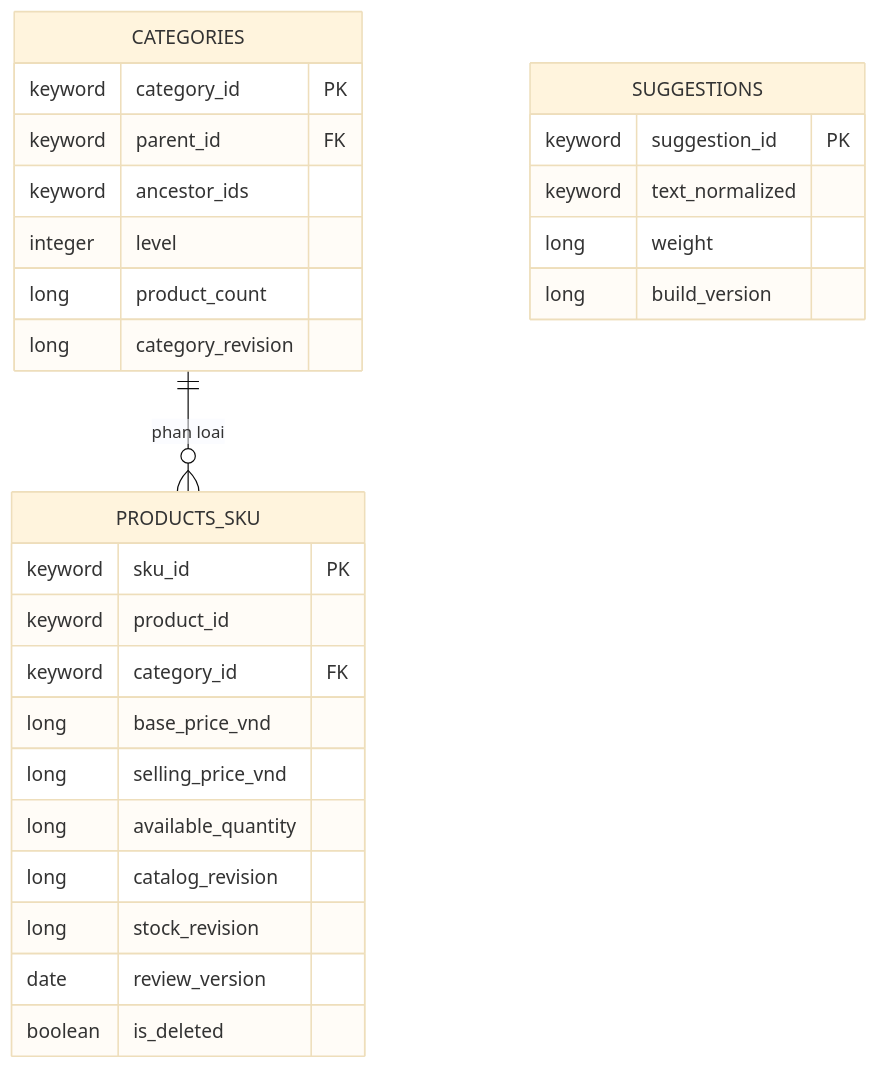
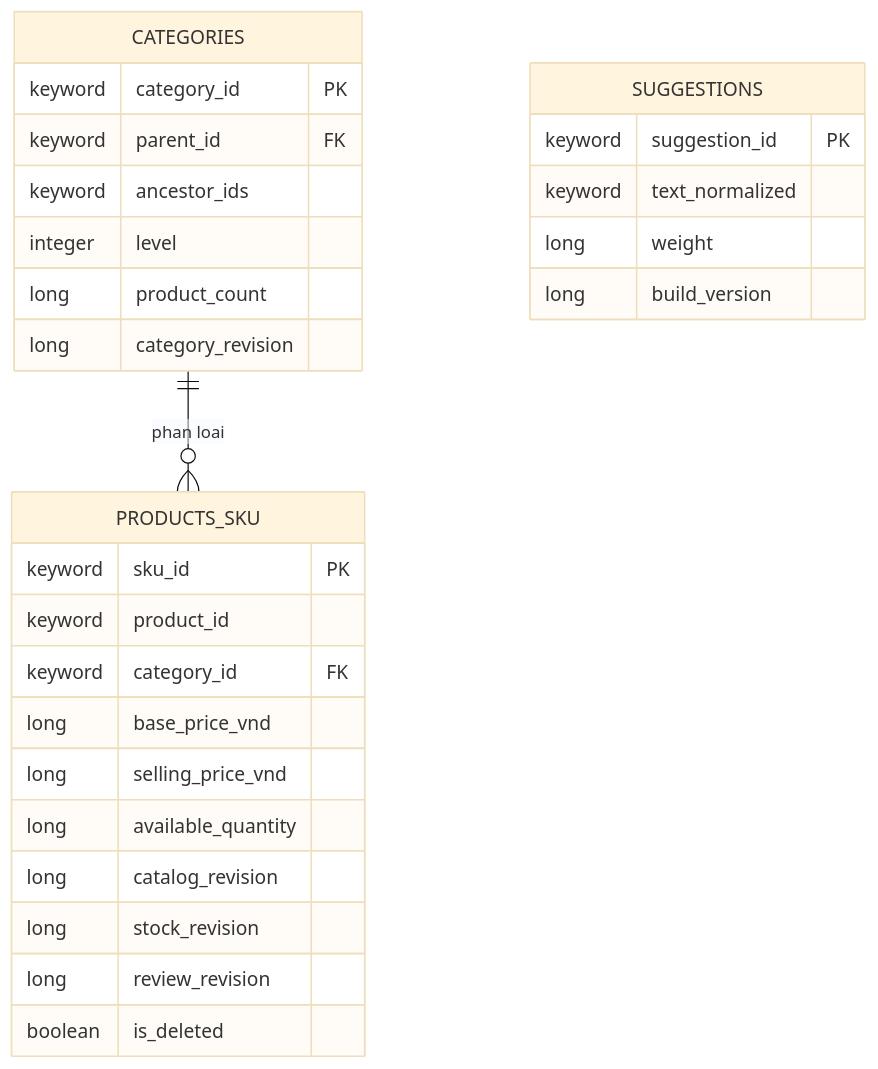
One commit to quangdung2110/e-commerce-microservices changed the diagram in docs/search/data.md. Above: the diagram before and after it, drawn with Mermaid (base theme). The commit also changed other lines of this file and 22 other files, not shown here.

````diff
--- a/docs/search/data.md
+++ b/docs/search/data.md
@@ -41,30 +41,30 @@
 ```mermaid
 erDiagram
     CATEGORIES ||--o{ PRODUCTS_SKU : "phan loai"
     PRODUCTS_SKU {
         keyword sku_id PK
         keyword product_id
         keyword category_id FK
         long base_price_vnd
         long selling_price_vnd
         long available_quantity
         long catalog_revision
         long stock_revision
-        date review_version
+        long review_revision
         boolean is_deleted
     }
     CATEGORIES {
         keyword category_id PK
         keyword parent_id FK
         keyword ancestor_ids
         integer level
         long product_count
         long category_revision
     }
     SUGGESTIONS {
         keyword suggestion_id PK
         keyword text_normalized
         long weight
         long build_version
     }
 ```
````
